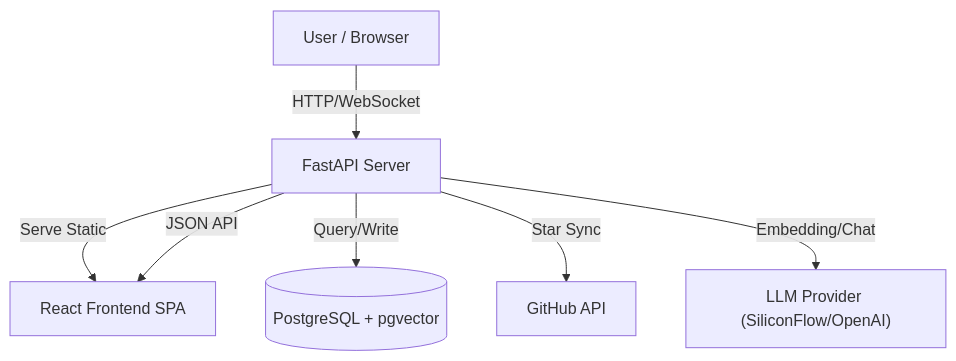
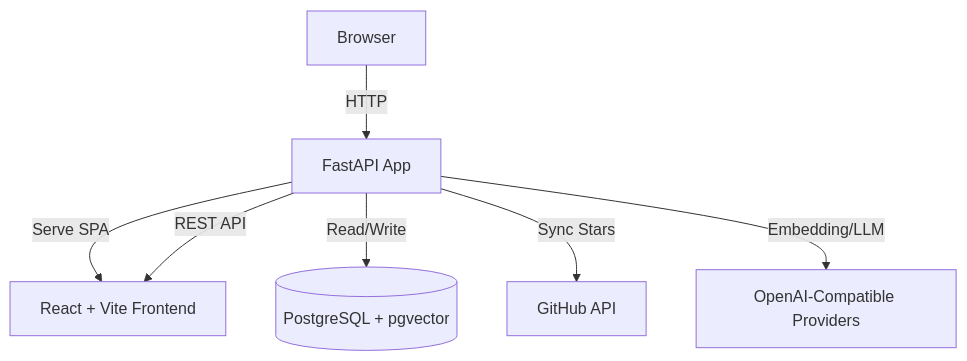
The diagram in README.md (Tendo33/MyNebula), drawn with Mermaid before and after one commit. The commit also changed other lines of this file and 15 other files, not shown here.

Commit message:
feat: schedule sync, graph/timeline improvements, i18n updates, README.zh

````diff
--- a/README.md
+++ b/README.md
@@ -77,9 +73,9 @@
 ```mermaid
 graph TD
-    User["User / Browser"] -->|HTTP/WebSocket| FastAPI["FastAPI Server"]
-    FastAPI -->|Serve Static| React["React Frontend SPA"]
-    FastAPI -->|JSON API| React
-    FastAPI -->|Query/Write| PG[("PostgreSQL + pgvector")]
-    FastAPI -->|Star Sync| GitHub["GitHub API"]
-    FastAPI -->|Embedding/Chat| AI["LLM Provider (SiliconFlow/OpenAI)"]
+    User["Browser"] -->|HTTP| FastAPI["FastAPI App"]
+    FastAPI -->|Serve SPA| React["React + Vite Frontend"]
+    FastAPI -->|REST API| React
+    FastAPI -->|Read/Write| PG[("PostgreSQL + pgvector")]
+    FastAPI -->|Sync Stars| GitHub["GitHub API"]
+    FastAPI -->|Embedding/LLM| AI["OpenAI-Compatible Providers"]
 ```
````
